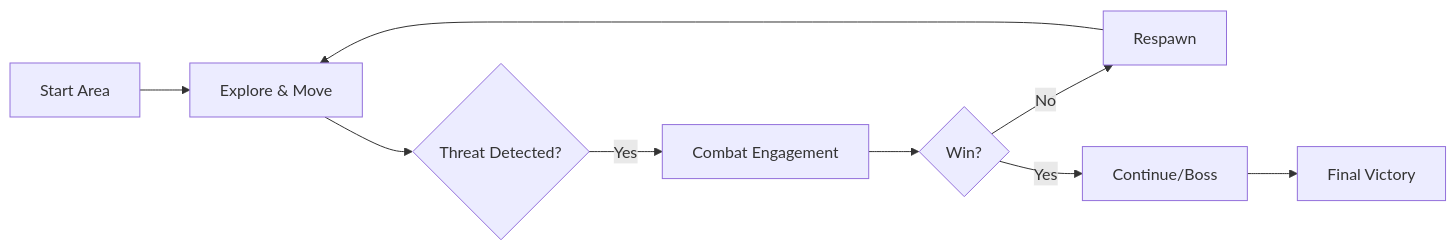
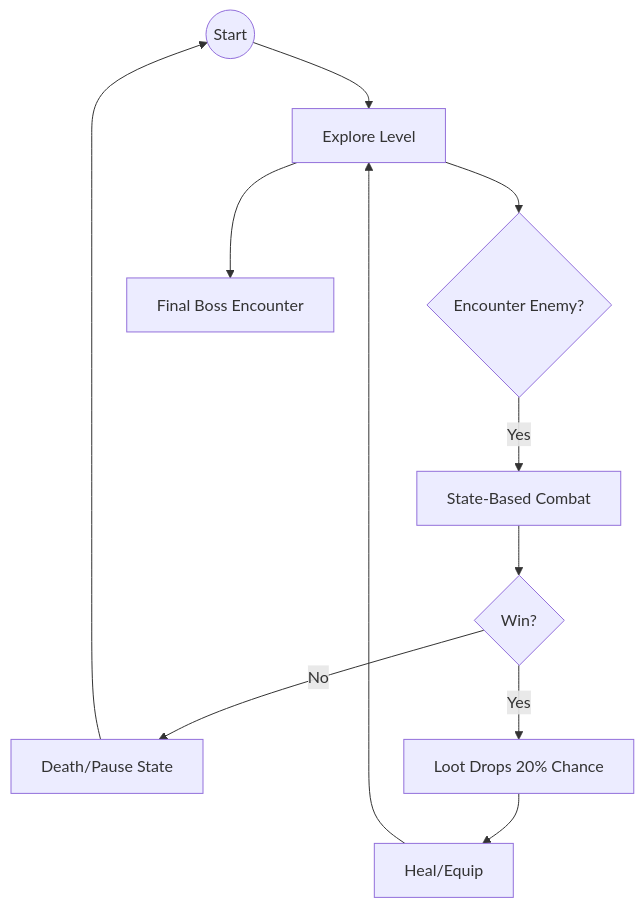
Before and after one commit to jul00/Live-Cells: the first of 3 diagrams in docs/LiveCells_DesignDoc.md, drawn with Mermaid. The commit also changed other lines of this file and 51 other files, not shown here.

````diff
--- a/docs/LiveCells_DesignDoc.md
+++ b/docs/LiveCells_DesignDoc.md
@@ -22,11 +32,13 @@
 ```mermaid
-graph LR
-    A[Start Area] --> B[Explore & Move]
-    B --> C{Threat Detected?}
-    C -- Yes --> D[Combat Engagement]
-    D --> E{Win?}
-    E -- No --> F[Respawn]
-    E -- Yes --> G[Continue/Boss]
-    G --> H[Final Victory]
-    F --> B
+graph TD
+    Start((Start)) --> Explore[Explore Level]
+    Explore --> Encounter{Encounter Enemy?}
+    Encounter -- Yes --> Combat[State-Based Combat]
+    Combat --> Outcome{Win?}
+    Outcome -- No --> Death[Death/Pause State]
+    Death --> Start
+    Outcome -- Yes --> Loot[Loot Drops 20% Chance]
+    Loot --> PowerUp[Heal/Equip]
+    PowerUp --> Explore
+    Explore --> Boss[Final Boss Encounter]
 ```
````
